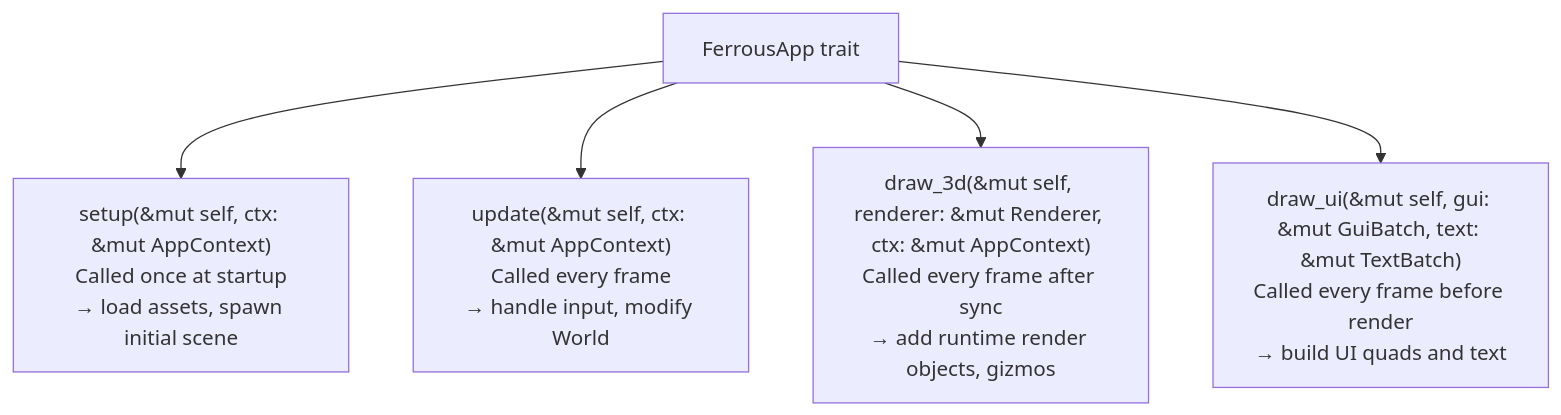
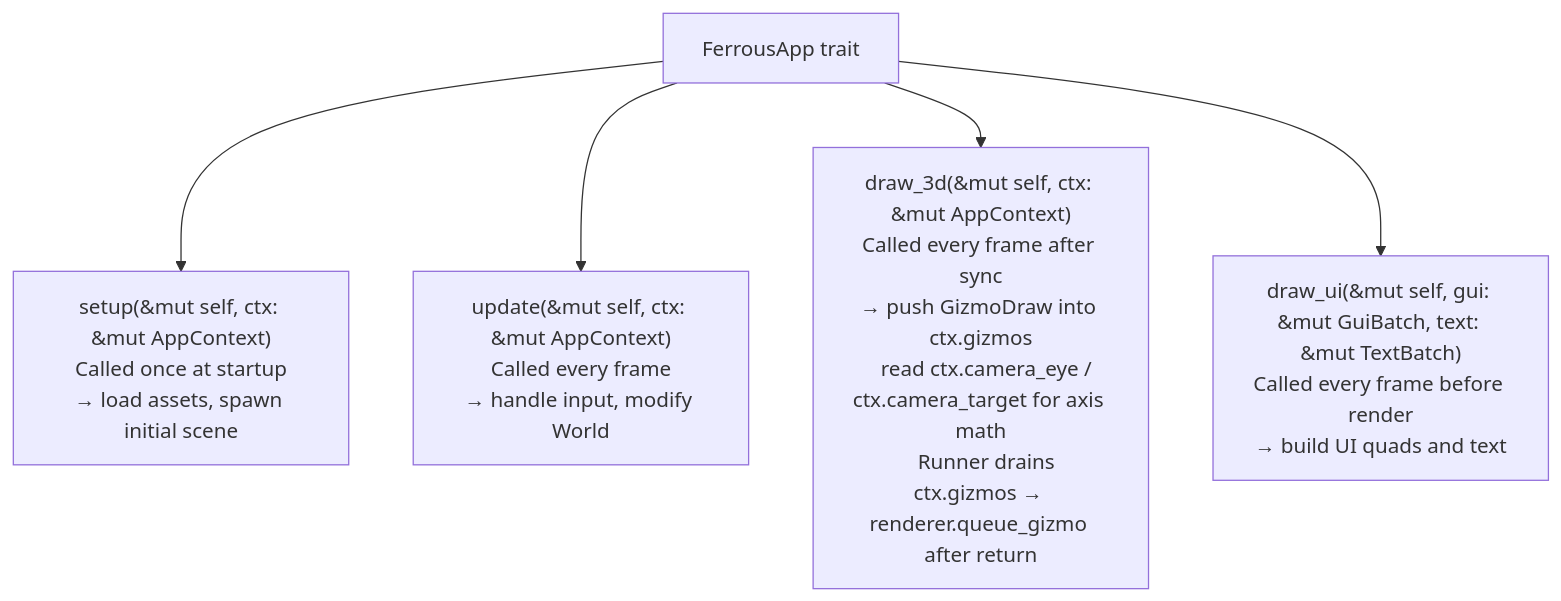
Before and after one commit to jvchiappini/FerrousEngine: the fifth of 5 diagrams in flowmaps/frame-loop.md, drawn with Mermaid. The commit also changed other lines of this file and 17 other files, not shown here.

First line of the commit message:
feat(gizmo): add support for editor gizmos with rotation, translation, and scaling handles

````diff
--- a/flowmaps/frame-loop.md
+++ b/flowmaps/frame-loop.md
@@ -161,13 +172,13 @@
 ```mermaid
 graph TD
     TR["FerrousApp trait"]
     S["setup(&mut self, ctx: &mut AppContext)\nCalled once at startup\n→ load assets, spawn initial scene"]
     U["update(&mut self, ctx: &mut AppContext)\nCalled every frame\n→ handle input, modify World"]
-    D3["draw_3d(&mut self, renderer: &mut Renderer, ctx: &mut AppContext)\nCalled every frame after sync\n→ add runtime render objects, gizmos"]
+    D3["draw_3d(&mut self, ctx: &mut AppContext)\nCalled every frame after sync\n→ push GizmoDraw into ctx.gizmos\n   read ctx.camera_eye / ctx.camera_target for axis math\n   Runner drains ctx.gizmos → renderer.queue_gizmo after return"]
     DU["draw_ui(&mut self, gui: &mut GuiBatch, text: &mut TextBatch)\nCalled every frame before render\n→ build UI quads and text"]
 
     TR --> S
     TR --> U
     TR --> D3
     TR --> DU
 ```
````
